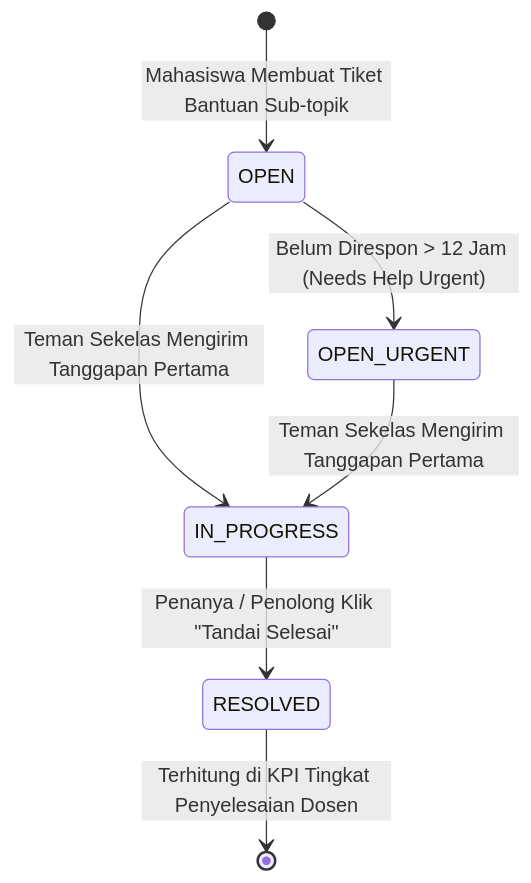
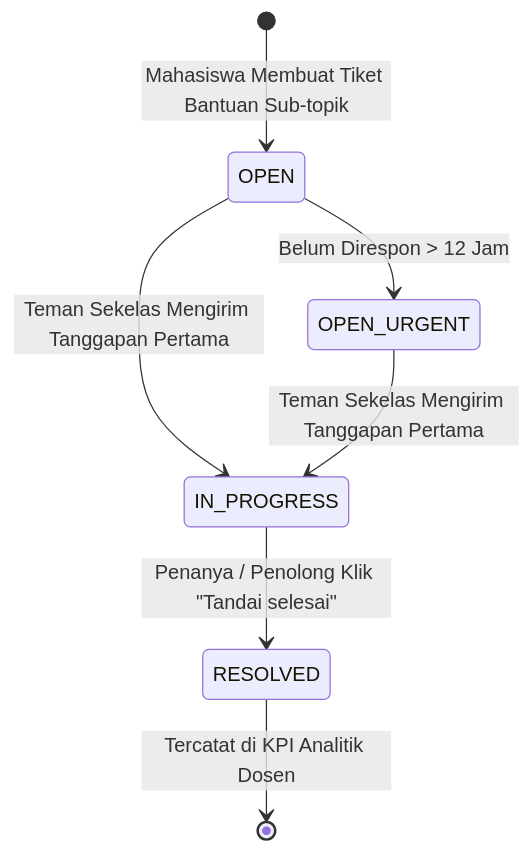
Before and after one commit to FayruzAldi/CollisionWeek: the ninth of 10 diagrams in PROJECT_FLOW.md, drawn with Mermaid. The commit also changed other lines of this file and 125 other files, not shown here.

````diff
--- a/PROJECT_FLOW.md
+++ b/PROJECT_FLOW.md
@@ -280,9 +275,9 @@
 ```mermaid
 stateDiagram-v2
     [*] --> OPEN: Mahasiswa Membuat Tiket Bantuan Sub-topik
-    OPEN --> OPEN_URGENT: Belum Direspon > 12 Jam (Needs Help Urgent)
+    OPEN --> OPEN_URGENT: Belum Direspon > 12 Jam
     OPEN --> IN_PROGRESS: Teman Sekelas Mengirim Tanggapan Pertama
     OPEN_URGENT --> IN_PROGRESS: Teman Sekelas Mengirim Tanggapan Pertama
-    IN_PROGRESS --> RESOLVED: Penanya / Penolong Klik "Tandai Selesai"
-    RESOLVED --> [*]: Terhitung di KPI Tingkat Penyelesaian Dosen
+    IN_PROGRESS --> RESOLVED: Penanya / Penolong Klik "Tandai selesai"
+    RESOLVED --> [*]: Tercatat di KPI Analitik Dosen
 ```
````
